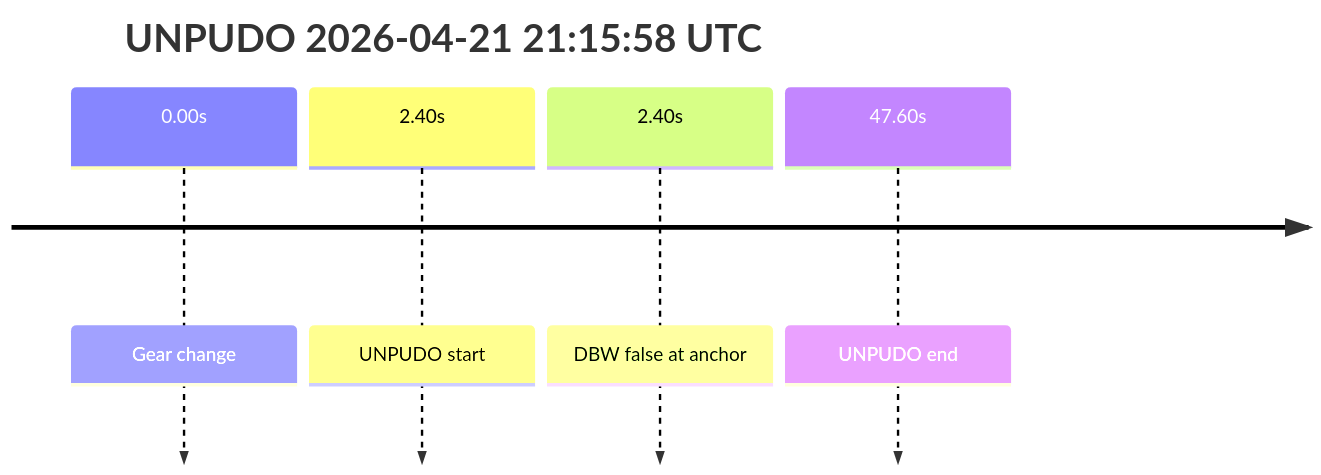
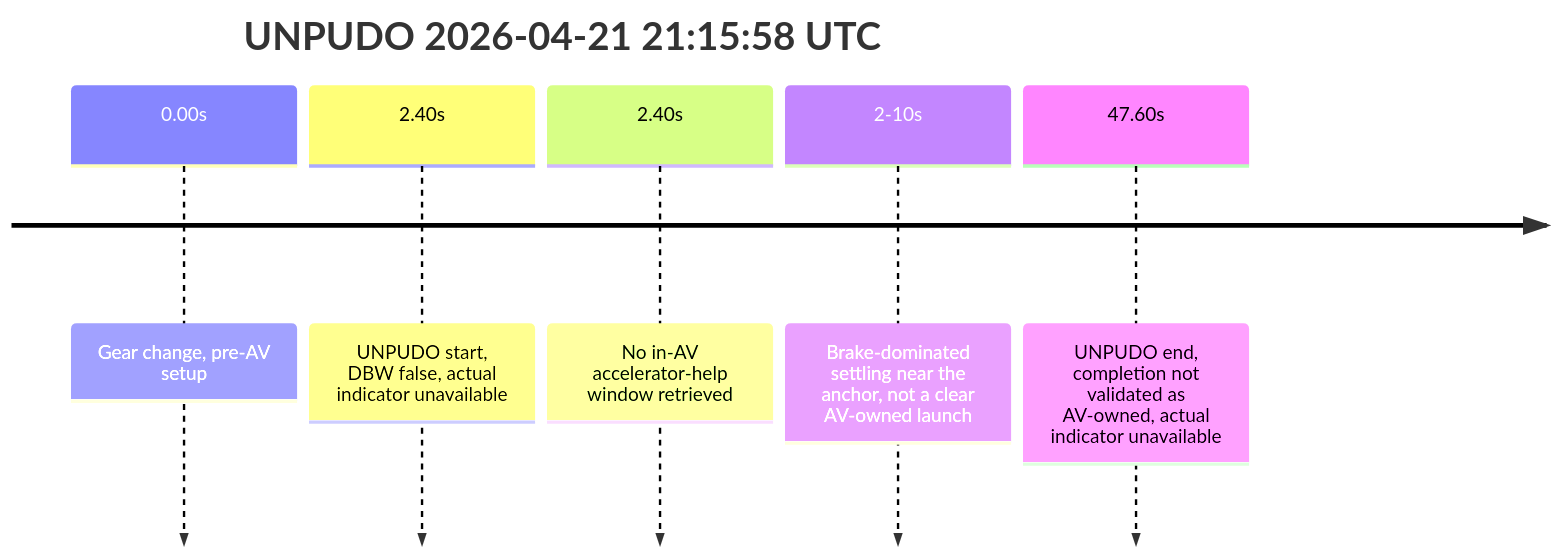
Before and after one commit to yoelshapiro/vault: the second of 3 diagrams in model_analysis/report_cards/2026/04/Week-4/fme20031--2026-04-21--20-55-03--gen2-av-6012f067-7eac-4c54-af80-fe1b295980aa.md, drawn with Mermaid. The commit also changed other lines of this file and 4 other files, not shown here.

````diff
--- a/model_analysis/report_cards/2026/04/Week-4/fme20031--2026-04-21--20-55-03--gen2-av-6012f067-7eac-4c54-af80-fe1b295980aa.md
+++ b/model_analysis/report_cards/2026/04/Week-4/fme20031--2026-04-21--20-55-03--gen2-av-6012f067-7eac-4c54-af80-fe1b295980aa.md
@@ -78,8 +93,9 @@
 ```mermaid
 timeline
     title UNPUDO 2026-04-21 21:15:58 UTC
-    0.00s : Gear change
-    2.40s : UNPUDO start
-    2.40s : DBW false at anchor
-    47.60s : UNPUDO end
+    0.00s : Gear change, pre-AV setup
+    2.40s : UNPUDO start, DBW false, actual indicator unavailable
+    2.40s : No in-AV accelerator-help window retrieved
+    2-10s : Brake-dominated settling near the anchor, not a clear AV-owned launch
+    47.60s : UNPUDO end, completion not validated as AV-owned, actual indicator unavailable
 ```
````
